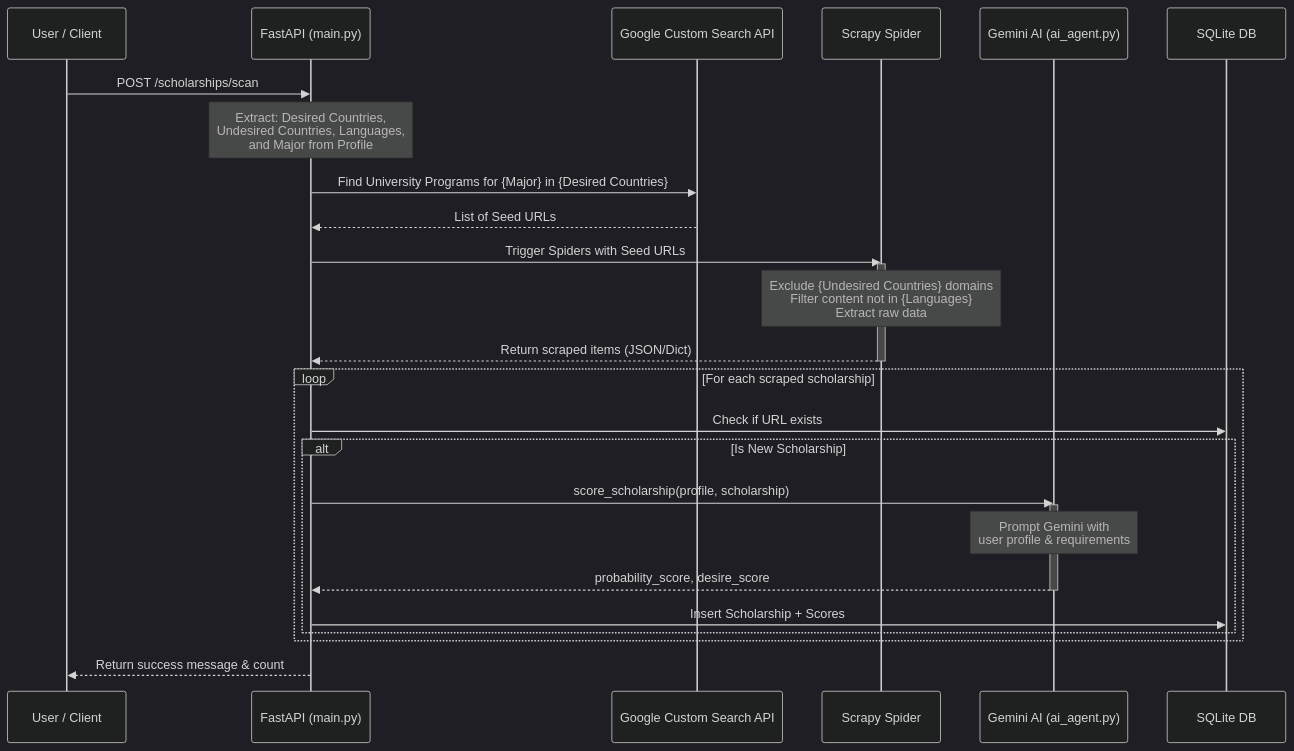
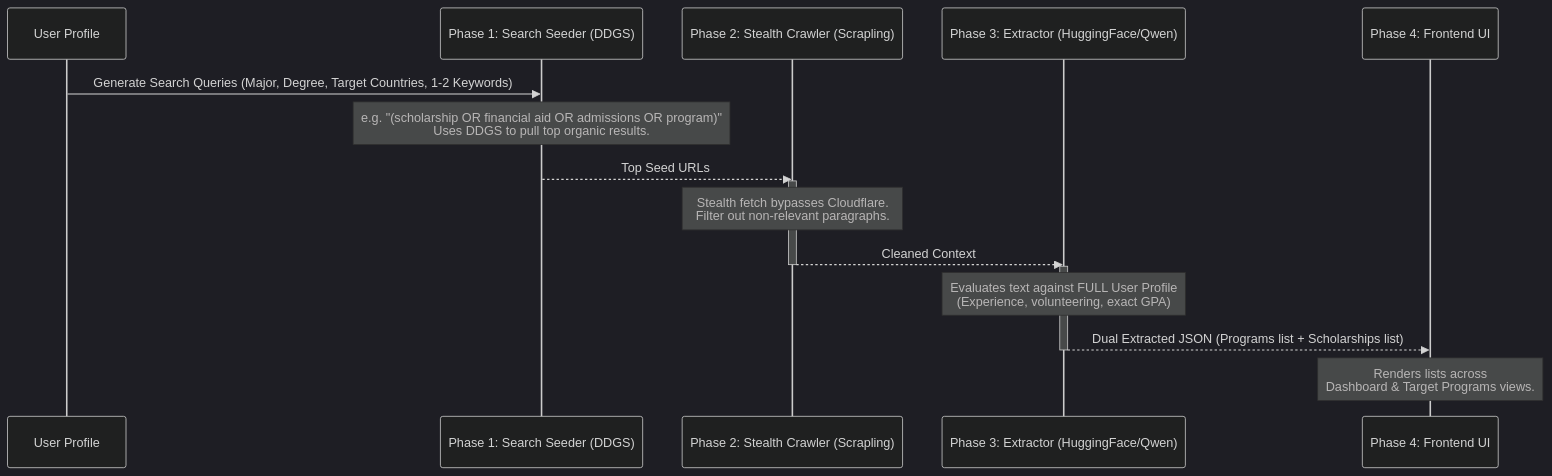
One commit to miguelangelcdm/scholarship-hunter changed the diagram in docs/discovery_engine.md. Above: the diagram before and after it, drawn with Mermaid (dark theme). The commit also changed other lines of this file and 109 other files, not shown here.

Commit message:
feat: integrate Hugging Face extraction, Scrapling bypass, TargetProgram schemas, and AI discovery docs

````diff
--- a/docs/discovery_engine.md
+++ b/docs/discovery_engine.md
@@ -8,32 +9,21 @@
 ```mermaid
 sequenceDiagram
-    participant User as User / Client
-    participant API as FastAPI (main.py)
-    participant Search as Google Custom Search API
-    participant Scrapy as Scrapy Spider
-    participant LLM as Gemini AI (ai_agent.py)
-    participant DB as SQLite DB
+    participant User as User Profile
+    participant Search as Phase 1: Search Seeder (DDGS)
+    participant Scraper as Phase 2: Stealth Crawler (Scrapling)
+    participant LLM as Phase 3: Extractor (HuggingFace/Qwen)
+    participant UI as Phase 4: Frontend UI
 
-    User->>API: POST /scholarships/scan
-    Note over API: Extract: Desired Countries,<br/>Undesired Countries, Languages,<br/>and Major from Profile
-    API->>Search: Find University Programs for {Major} in {Desired Countries}
-    Search-->>API: List of Seed URLs
-    API->>Scrapy: Trigger Spiders with Seed URLs
-    activate Scrapy
-    Note over Scrapy: Exclude {Undesired Countries} domains<br/>Filter content not in {Languages}<br/>Extract raw data
-    Scrapy-->>API: Return scraped items (JSON/Dict)
-    deactivate Scrapy
-
-    loop For each scraped scholarship
-        API->>DB: Check if URL exists
-        alt Is New Scholarship
-            API->>LLM: score_scholarship(profile, scholarship)
-            activate LLM
-            Note over LLM: Prompt Gemini with<br/>user profile & requirements
-            LLM-->>API: probability_score, desire_score
-            deactivate LLM
-            API->>DB: Insert Scholarship + Scores
-        end
-    end
-    API-->>User: Return success message & count
+    User->>Search: Generate Search Queries (Major, Degree, Target Countries, 1-2 Keywords)
+    Note over Search: e.g. "(scholarship OR financial aid OR admissions OR program)"<br/>Uses DDGS to pull top organic results.
+    Search-->>Scraper: Top Seed URLs
+    activate Scraper
+    Note over Scraper: Stealth fetch bypasses Cloudflare.<br/>Filter out non-relevant paragraphs.
+    Scraper-->>LLM: Cleaned Context
+    deactivate Scraper
+    activate LLM
+    Note over LLM: Evaluates text against FULL User Profile<br/>(Experience, volunteering, exact GPA)
+    LLM-->>UI: Dual Extracted JSON (Programs list + Scholarships list)
+    deactivate LLM
+    Note over UI: Renders lists across<br/>Dashboard & Target Programs views.
 ```
````
